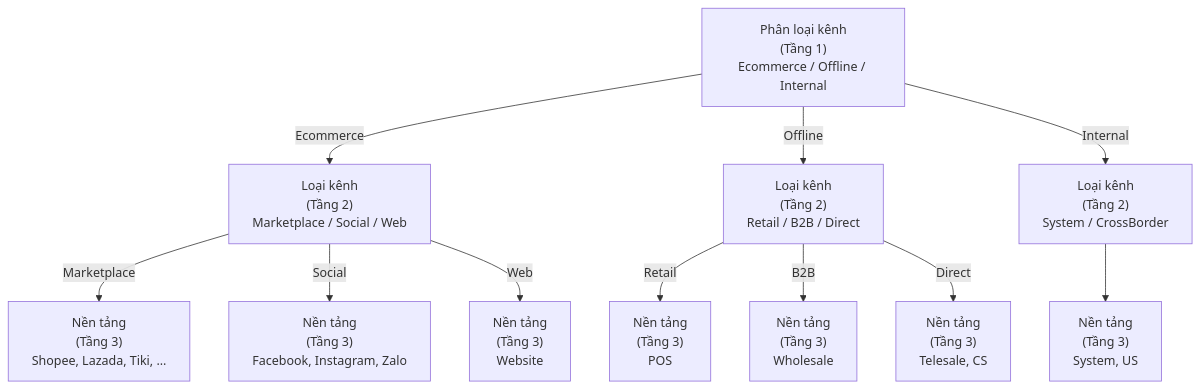
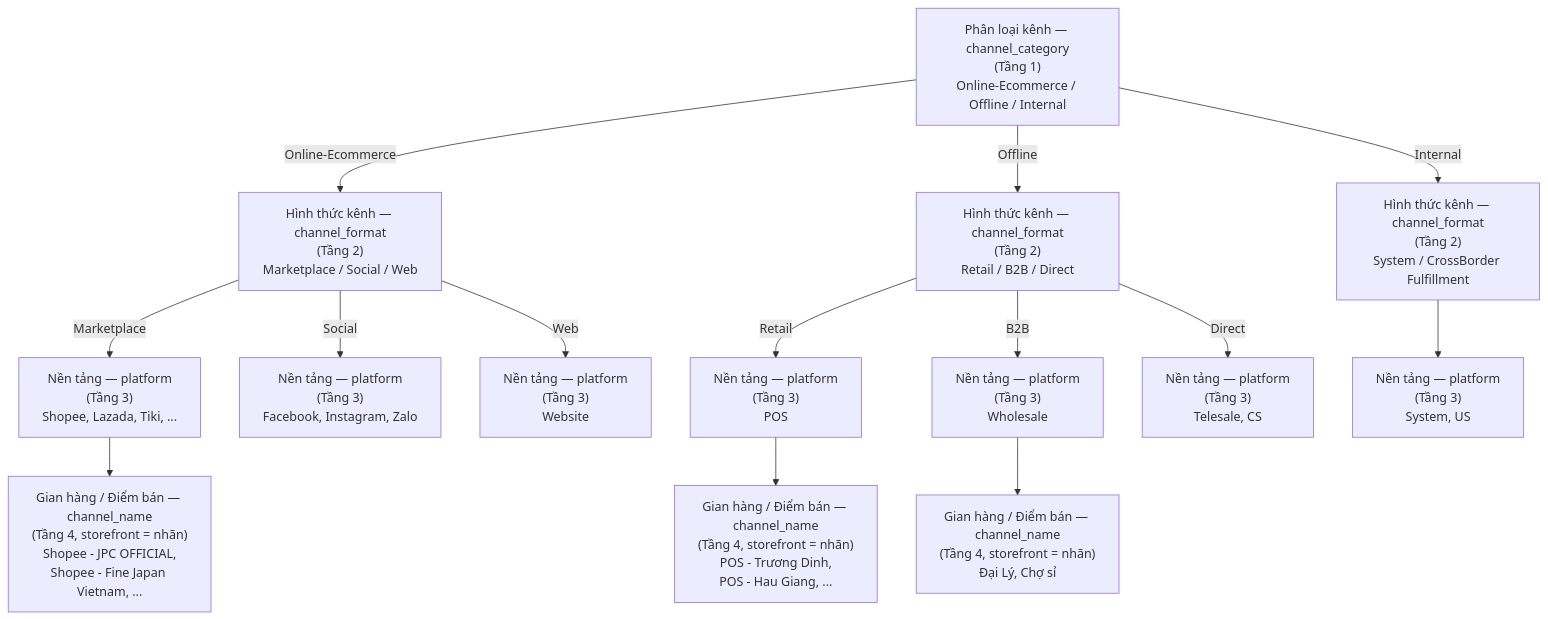
The second of 3 diagrams in docs/context/channel-classification.md (vantt/data-integration), drawn with Mermaid before and after one commit. The commit also changed other lines of this file and 24 other files, not shown here.

First line of the commit message:
docs(taxonomy): sync handbook/dictionaries/skills to channel_format + Online-Ecommerce

````diff
--- a/docs/context/channel-classification.md
+++ b/docs/context/channel-classification.md
@@ -80,18 +92,22 @@
 ```mermaid
 graph TD
-    A["Phân loại kênh<br/>(Tầng 1)<br/>Ecommerce / Offline / Internal"]
-    
-    A -->|Ecommerce| B1["Loại kênh<br/>(Tầng 2)<br/>Marketplace / Social / Web"]
-    A -->|Offline| B2["Loại kênh<br/>(Tầng 2)<br/>Retail / B2B / Direct"]
-    A -->|Internal| B3["Loại kênh<br/>(Tầng 2)<br/>System / CrossBorder"]
-    
-    B1 -->|Marketplace| C1["Nền tảng<br/>(Tầng 3)<br/>Shopee, Lazada, Tiki, ..."]
-    B1 -->|Social| C2["Nền tảng<br/>(Tầng 3)<br/>Facebook, Instagram, Zalo"]
-    B1 -->|Web| C3["Nền tảng<br/>(Tầng 3)<br/>Website"]
-    
-    B2 -->|Retail| C4["Nền tảng<br/>(Tầng 3)<br/>POS"]
-    B2 -->|B2B| C5["Nền tảng<br/>(Tầng 3)<br/>Wholesale"]
-    B2 -->|Direct| C6["Nền tảng<br/>(Tầng 3)<br/>Telesale, CS"]
-    
-    B3 --> C7["Nền tảng<br/>(Tầng 3)<br/>System, US"]
+    A["Phân loại kênh — channel_category<br/>(Tầng 1)<br/>Online-Ecommerce / Offline / Internal"]
+
+    A -->|Online-Ecommerce| B1["Hình thức kênh — channel_format<br/>(Tầng 2)<br/>Marketplace / Social / Web"]
+    A -->|Offline| B2["Hình thức kênh — channel_format<br/>(Tầng 2)<br/>Retail / B2B / Direct"]
+    A -->|Internal| B3["Hình thức kênh — channel_format<br/>(Tầng 2)<br/>System / CrossBorder Fulfillment"]
+
+    B1 -->|Marketplace| C1["Nền tảng — platform<br/>(Tầng 3)<br/>Shopee, Lazada, Tiki, ..."]
+    B1 -->|Social| C2["Nền tảng — platform<br/>(Tầng 3)<br/>Facebook, Instagram, Zalo"]
+    B1 -->|Web| C3["Nền tảng — platform<br/>(Tầng 3)<br/>Website"]
+
+    B2 -->|Retail| C4["Nền tảng — platform<br/>(Tầng 3)<br/>POS"]
+    B2 -->|B2B| C5["Nền tảng — platform<br/>(Tầng 3)<br/>Wholesale"]
+    B2 -->|Direct| C6["Nền tảng — platform<br/>(Tầng 3)<br/>Telesale, CS"]
+
+    B3 --> C7["Nền tảng — platform<br/>(Tầng 3)<br/>System, US"]
+
+    C1 --> D1["Gian hàng / Điểm bán — channel_name<br/>(Tầng 4, storefront = nhãn)<br/>Shopee - JPC OFFICIAL,<br/>Shopee - Fine Japan Vietnam, ..."]
+    C4 --> D2["Gian hàng / Điểm bán — channel_name<br/>(Tầng 4, storefront = nhãn)<br/>POS - Trương Dinh,<br/>POS - Hau Giang, ..."]
+    C5 --> D3["Gian hàng / Điểm bán — channel_name<br/>(Tầng 4, storefront = nhãn)<br/>Đại Lý, Chợ sỉ"]
 ```
````
